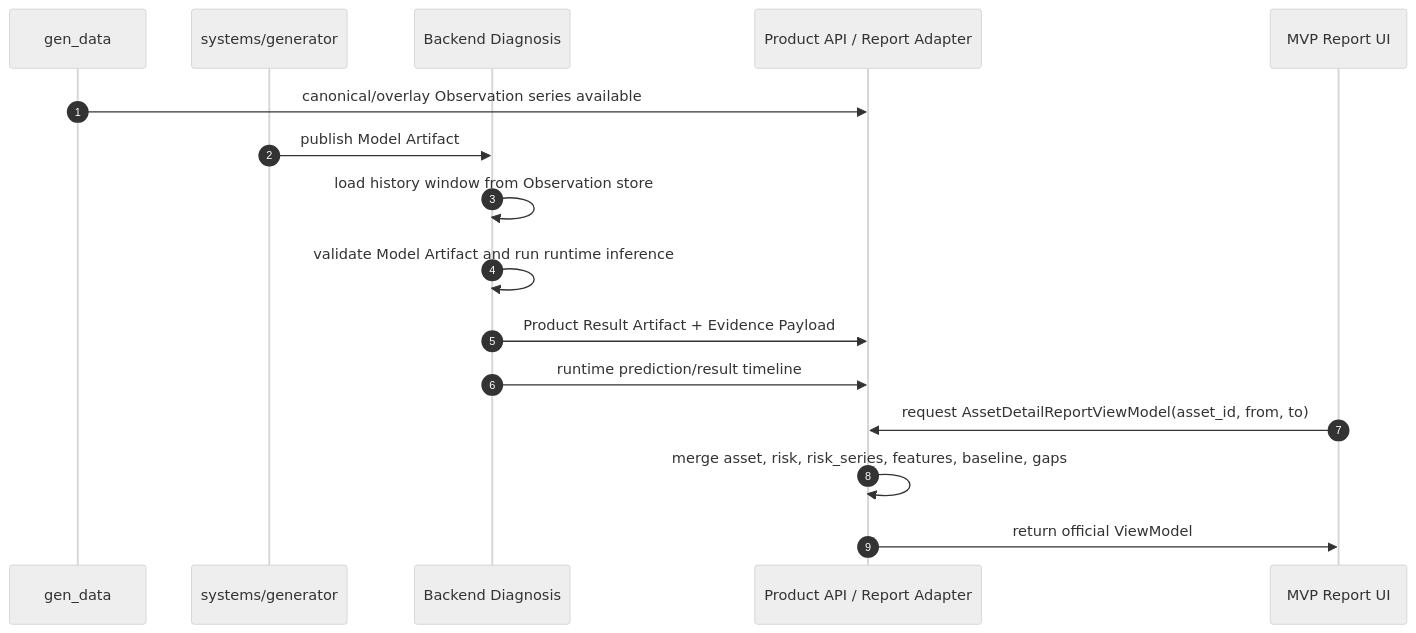
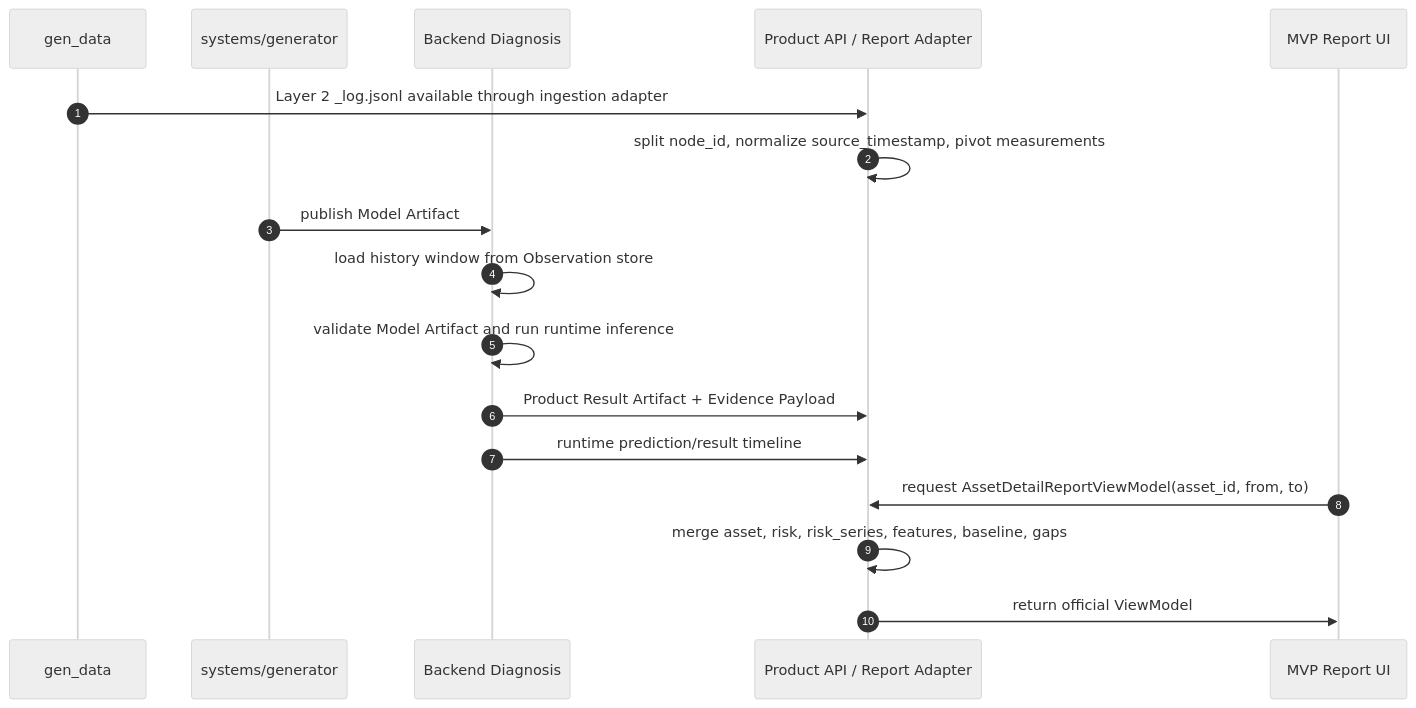
The fifth of 6 diagrams in docs/mvp/pdm-evidence-report-ui-integration-plan.md (Biz-CollabCraft/ontology_dashboard), drawn with Mermaid (neutral theme) before and after one commit. The commit also changed other lines of this file, not shown here.

Commit message:
docs(mvp): refine gen data observation plan

````diff
--- a/docs/mvp/pdm-evidence-report-ui-integration-plan.md
+++ b/docs/mvp/pdm-evidence-report-ui-integration-plan.md
@@ -179,19 +186,20 @@
 ```mermaid
 sequenceDiagram
   autonumber
   participant GD as gen_data
   participant GEN as systems/generator
   participant DIA as Backend Diagnosis
   participant API as Product API / Report Adapter
   participant UI as MVP Report UI
 
-  GD->>API: canonical/overlay Observation series available
+  GD->>API: Layer 2 _log.jsonl available through ingestion adapter
+  API->>API: split node_id, normalize source_timestamp, pivot measurements
   GEN->>DIA: publish Model Artifact
   DIA->>DIA: load history window from Observation store
   DIA->>DIA: validate Model Artifact and run runtime inference
   DIA->>API: Product Result Artifact + Evidence Payload
   DIA->>API: runtime prediction/result timeline
   UI->>API: request AssetDetailReportViewModel(asset_id, from, to)
   API->>API: merge asset, risk, risk_series, features, baseline, gaps
   API->>UI: return official ViewModel
 ```
````
